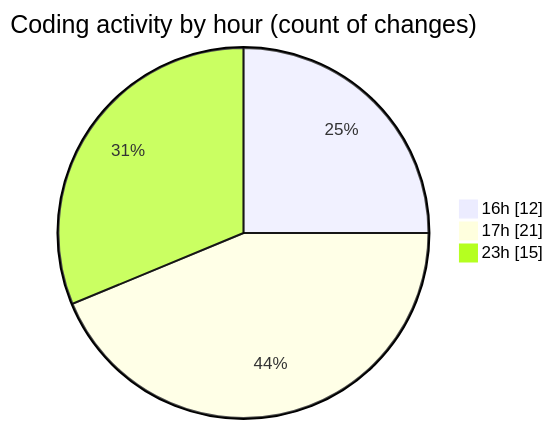
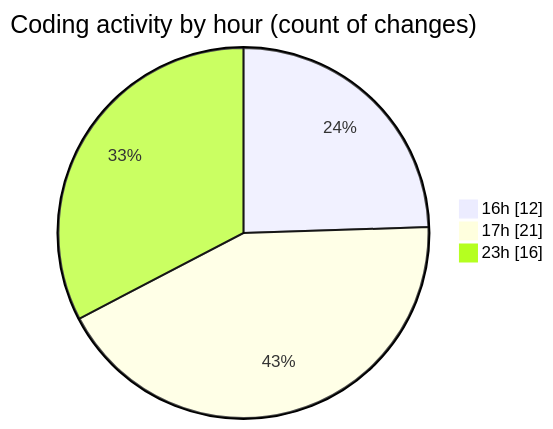
One commit to EIIisD/code-tracking changed the second of 2 diagrams in 2025-08-05/tw-server/README.md. Above: the diagram before and after it, drawn with Mermaid. The commit also changed other lines of this file and 1 other file, not shown here.

````diff
--- a/2025-08-05/tw-server/README.md
+++ b/2025-08-05/tw-server/README.md
@@ -41,7 +41,7 @@
 ```mermaid
 pie showData
 title Coding activity by hour (count of changes)
 "16h" : 12
 "17h" : 21
-"23h" : 15
+"23h" : 16
 ```
````
